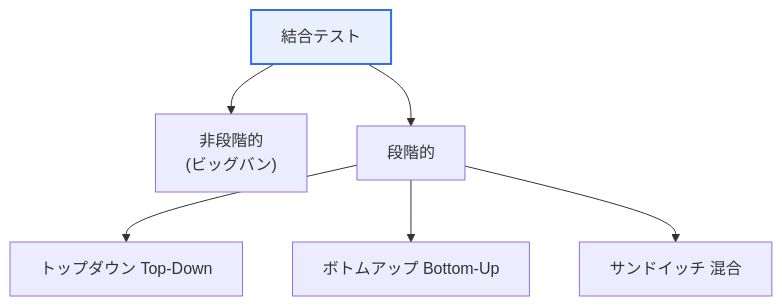
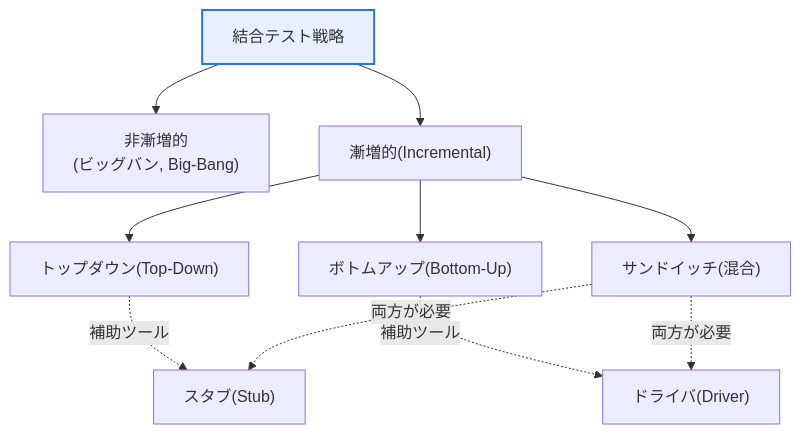
Before and after one commit to coninggu/wjdqhrhksflrltnftk: the first of 2 diagrams in content/ja/integration-test.md, drawn with Mermaid. The commit also changed other lines of this file and 37 other files, not shown here.

````diff
--- a/content/ja/integration-test.md
+++ b/content/ja/integration-test.md
@@ -15,9 +21,13 @@
 ```mermaid
 flowchart TB
-  I[結合テスト] --> N["非段階的<br/>(ビッグバン)"]
-  I --> P[段階的]
-  P --> P1[トップダウン Top-Down]
-  P --> P2[ボトムアップ Bottom-Up]
-  P --> P3[サンドイッチ 混合]
+  I["結合テスト戦略"] --> N["非漸増的<br/>(ビッグバン, Big-Bang)"]
+  I --> P["漸増的(Incremental)"]
+  P --> P1["トップダウン(Top-Down)"]
+  P --> P2["ボトムアップ(Bottom-Up)"]
+  P --> P3["サンドイッチ(混合)"]
+  P1 -.補助ツール.-> S["スタブ(Stub)"]
+  P2 -.補助ツール.-> D["ドライバ(Driver)"]
+  P3 -.両方が必要.-> S
+  P3 -.両方が必要.-> D
   style I fill:#e8f0fe,stroke:#2f6fed,stroke-width:2px
 ```
````
